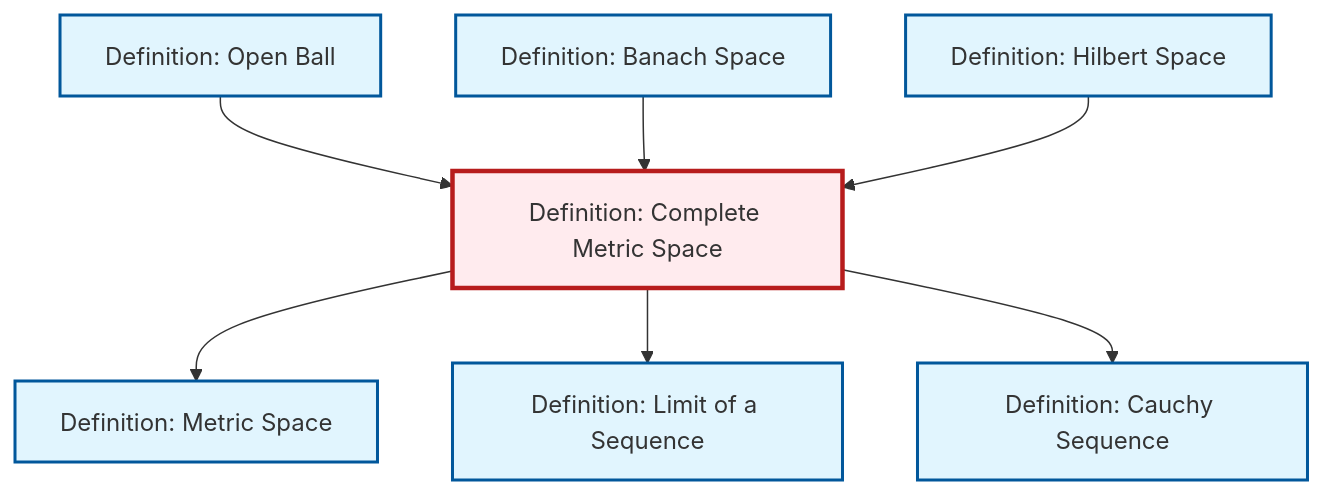
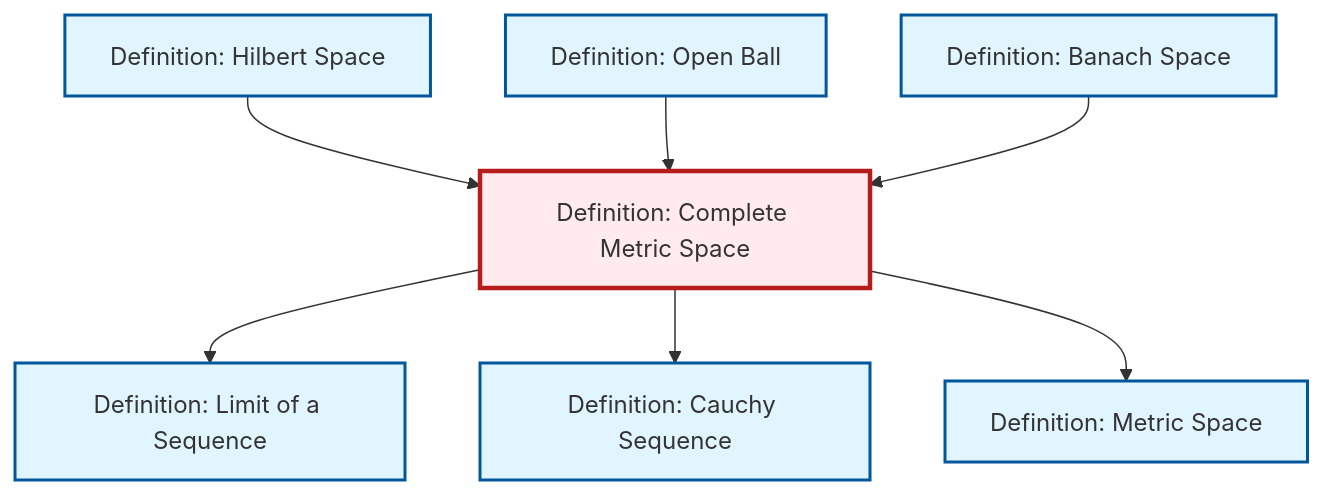
One commit to RK0429/ModernMath changed the diagram in content/en/analysis/def-complete-metric-space.qmd. Above: the diagram before and after it, drawn with Mermaid. The commit also changed other lines of this file and 672 other files, not shown here.

````diff
--- a/content/en/analysis/def-complete-metric-space.qmd
+++ b/content/en/analysis/def-complete-metric-space.qmd
@@ -53,29 +53,29 @@
 ```{mermaid}
 %%| fig-cap: "Local dependency graph"
 graph TD
     classDef definition fill:#e1f5fe,stroke:#01579b,stroke-width:2px
     classDef theorem fill:#f3e5f5,stroke:#4a148c,stroke-width:2px
     classDef axiom fill:#fff3e0,stroke:#e65100,stroke-width:2px
     classDef example fill:#e8f5e9,stroke:#1b5e20,stroke-width:2px
     classDef current fill:#ffebee,stroke:#b71c1c,stroke-width:3px
+    def-cauchy-sequence["Definition: Cauchy Sequence"]:::definition
     def-limit["Definition: Limit of a Sequence"]:::definition
+    def-metric-space["Definition: Metric Space"]:::definition
+    def-hilbert-space["Definition: Hilbert Space"]:::definition
+    def-open-ball["Definition: Open Ball"]:::definition
+    def-complete-metric-space["Definition: Complete Metric Space"]:::definition
     def-banach-space["Definition: Banach Space"]:::definition
-    def-open-ball["Definition: Open Ball"]:::definition
-    def-hilbert-space["Definition: Hilbert Space"]:::definition
-    def-complete-metric-space["Definition: Complete Metric Space"]:::definition
-    def-metric-space["Definition: Metric Space"]:::definition
-    def-cauchy-sequence["Definition: Cauchy Sequence"]:::definition
+    def-complete-metric-space --> def-limit
+    def-hilbert-space --> def-complete-metric-space
+    def-open-ball --> def-complete-metric-space
+    def-banach-space --> def-complete-metric-space
+    def-complete-metric-space --> def-cauchy-sequence
     def-complete-metric-space --> def-metric-space
-    def-open-ball --> def-complete-metric-space
-    def-complete-metric-space --> def-limit
-    def-complete-metric-space --> def-cauchy-sequence
-    def-banach-space --> def-complete-metric-space
-    def-hilbert-space --> def-complete-metric-space
     class def-complete-metric-space current
+    click def-cauchy-sequence "def-cauchy-sequence.html" "Go to Cauchy Sequence definition"
     click def-limit "def-limit.html" "Go to Limit of a Sequence definition"
+    click def-metric-space "def-metric-space.html" "Go to Metric Space definition"
+    click def-hilbert-space "def-hilbert-space.html" "Go to Hilbert Space definition"
+    click def-open-ball "def-open-ball.html" "Go to Open Ball definition"
     click def-banach-space "def-banach-space.html" "Go to Banach Space definition"
-    click def-open-ball "def-open-ball.html" "Go to Open Ball definition"
-    click def-hilbert-space "def-hilbert-space.html" "Go to Hilbert Space definition"
-    click def-metric-space "def-metric-space.html" "Go to Metric Space definition"
-    click def-cauchy-sequence "def-cauchy-sequence.html" "Go to Cauchy Sequence definition"
 ```
````
